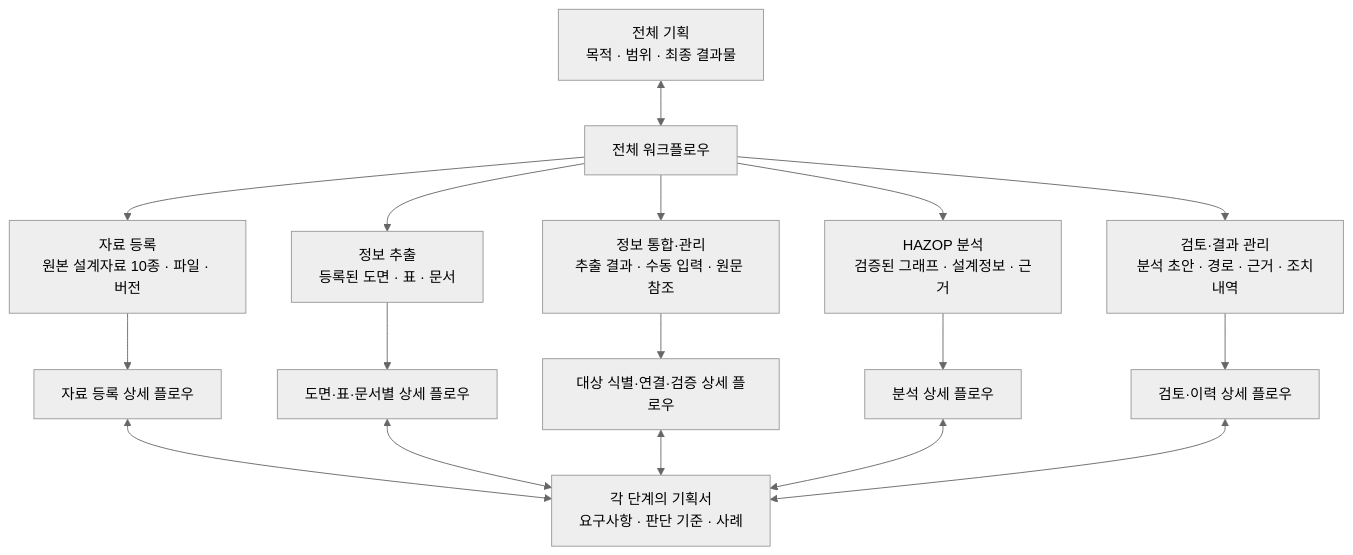
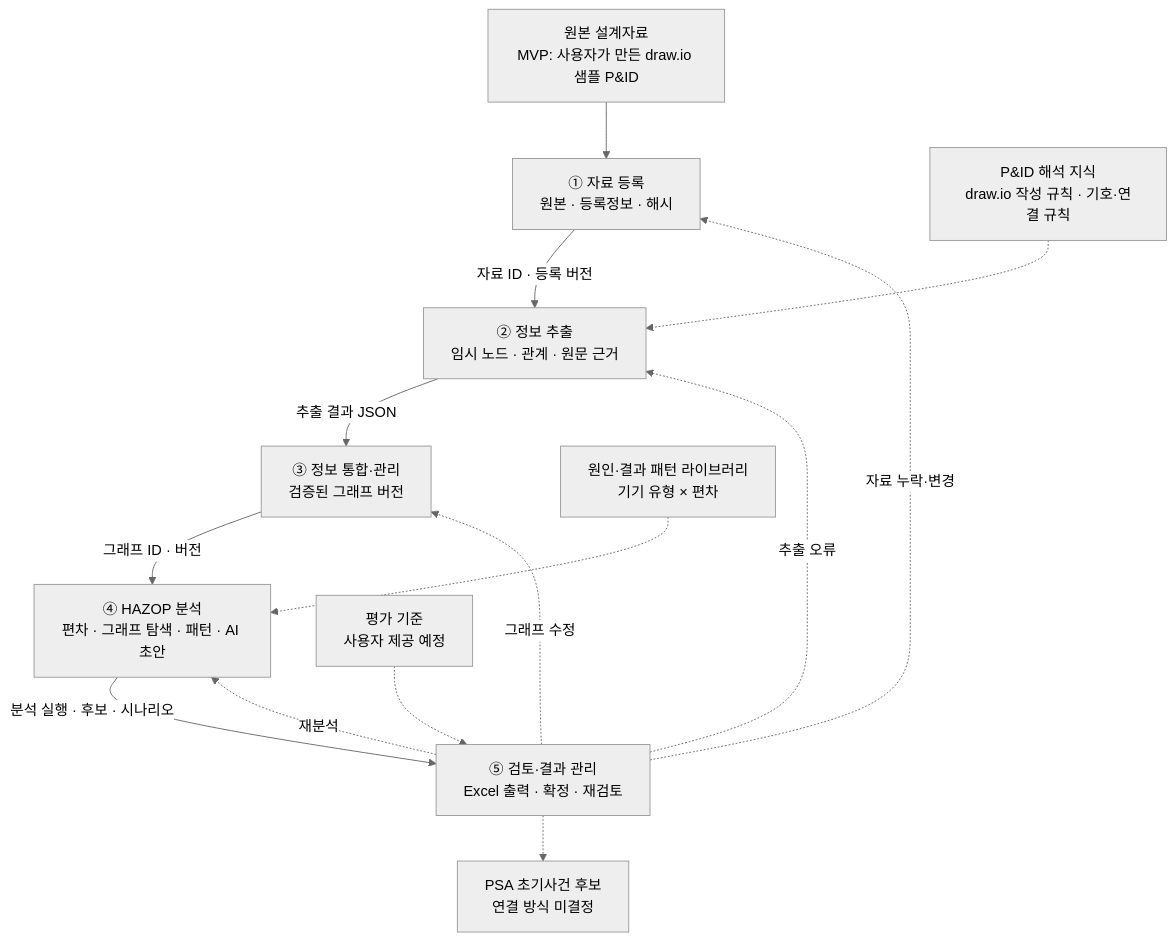
One commit to ReoDe/HAZOP changed the diagram in flow chart/00-overview.md. Above: the diagram before and after it, drawn with Mermaid (neutral theme). The commit also changed other lines of this file and 17 other files, not shown here.

First line of the commit message:
Apply review: PSA purpose, MVP vertical slice, draw.io-only, memory log

````diff
--- a/flow chart/00-overview.md
+++ b/flow chart/00-overview.md
@@ -7,25 +7,27 @@
 ```mermaid
 flowchart TB
-    A["전체 기획<br/>목적 · 범위 · 최종 결과물"]
-    B["전체 워크플로우"]
+    S["원본 설계자료<br/>MVP: 사용자가 만든 draw.io 샘플 P&ID"]
+    A["① 자료 등록<br/>원본 · 등록정보 · 해시"]
+    B["② 정보 추출<br/>임시 노드 · 관계 · 원문 근거"]
+    C["③ 정보 통합·관리<br/>검증된 그래프 버전"]
+    D["④ HAZOP 분석<br/>편차 · 그래프 탐색 · 패턴 · AI 초안"]
+    E["⑤ 검토·결과 관리<br/>Excel 출력 · 확정 · 재검토"]
+    K["P&ID 해석 지식<br/>draw.io 작성 규칙 · 기호·연결 규칙"]
+    L["원인·결과 패턴 라이브러리<br/>기기 유형 × 편차"]
+    T["평가 기준<br/>사용자 제공 예정"]
+    Z["PSA 초기사건 후보<br/>연결 방식 미결정"]
 
-    A <--> B
-
-    B --> C["자료 등록<br/>원본 설계자료 10종 · 파일 · 버전"]
-    B --> D["정보 추출<br/>등록된 도면 · 표 · 문서"]
-    B --> E["정보 통합·관리<br/>추출 결과 · 수동 입력 · 원문 참조"]
-    B --> F["HAZOP 분석<br/>검증된 그래프 · 설계정보 · 근거"]
-    B --> G["검토·결과 관리<br/>분석 초안 · 경로 · 근거 · 조치내역"]
-
-    C --> C1["자료 등록 상세 플로우"]
-    D --> D1["도면·표·문서별 상세 플로우"]
-    E --> E1["대상 식별·연결·검증 상세 플로우"]
-    F --> F1["분석 상세 플로우"]
-    G --> G1["검토·이력 상세 플로우"]
-
-    C1 <--> P["각 단계의 기획서<br/>요구사항 · 판단 기준 · 사례"]
-    D1 <--> P
-    E1 <--> P
-    F1 <--> P
-    G1 <--> P
+    S --> A
+    A -- "자료 ID · 등록 버전" --> B
+    B -- "추출 결과 JSON" --> C
+    C -- "그래프 ID · 버전" --> D
+    D -- "분석 실행 · 후보 · 시나리오" --> E
+    K -.-> B
+    L -.-> D
+    T -.-> E
+    E -.-> Z
+    E -. "자료 누락·변경" .-> A
+    E -. "추출 오류" .-> B
+    E -. "그래프 수정" .-> C
+    E -. "재분석" .-> D
 ```
````
